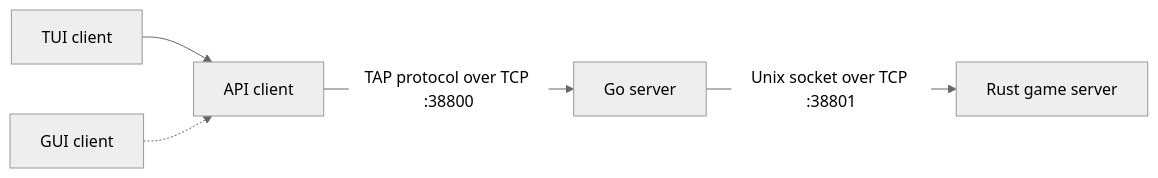
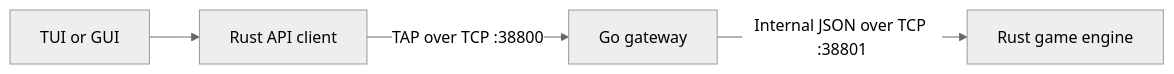
Before and after one commit to leonardecavele/the_answer_protocol: the first of 4 diagrams in README.md, drawn with Mermaid (neutral theme). The commit also changed other lines of this file and 8 other files, not shown here.

````diff
--- a/README.md
+++ b/README.md
@@ -45,7 +40,6 @@
 ```mermaid
 flowchart LR
-    TUI[TUI client] --> API[API client]
-    GUI[GUI client] -.-> API
-    API -->|TAP protocol over TCP :38800| GO[Go server]
-    GO -->|Unix socket over TCP :38801| RUST[Rust game server]
+    Clients["TUI or GUI"] --> API["Rust API client"]
+    API -->|"TAP over TCP :38800"| Go["Go gateway"]
+    Go -->|"Internal JSON over TCP :38801"| Rust["Rust game engine"]
 ```
````
